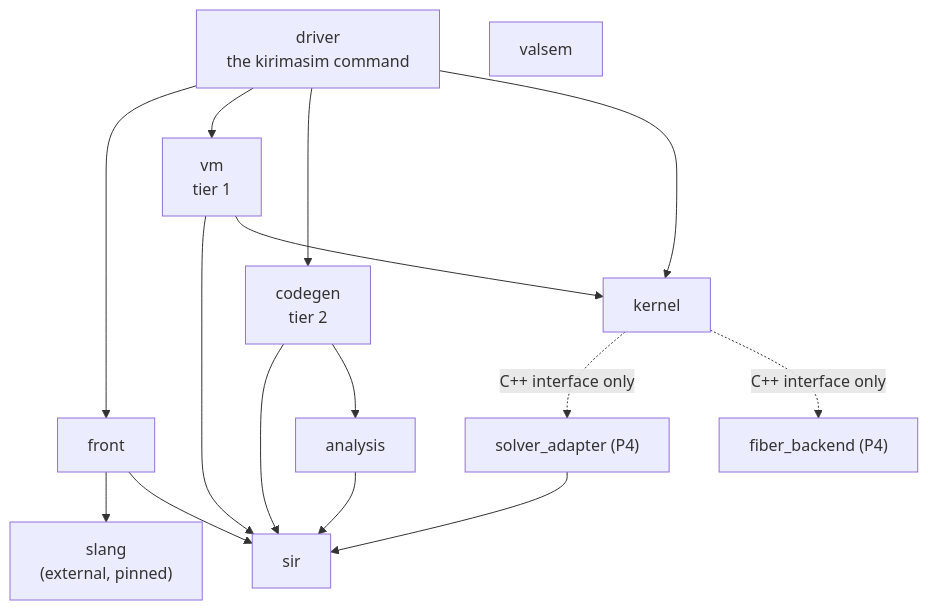
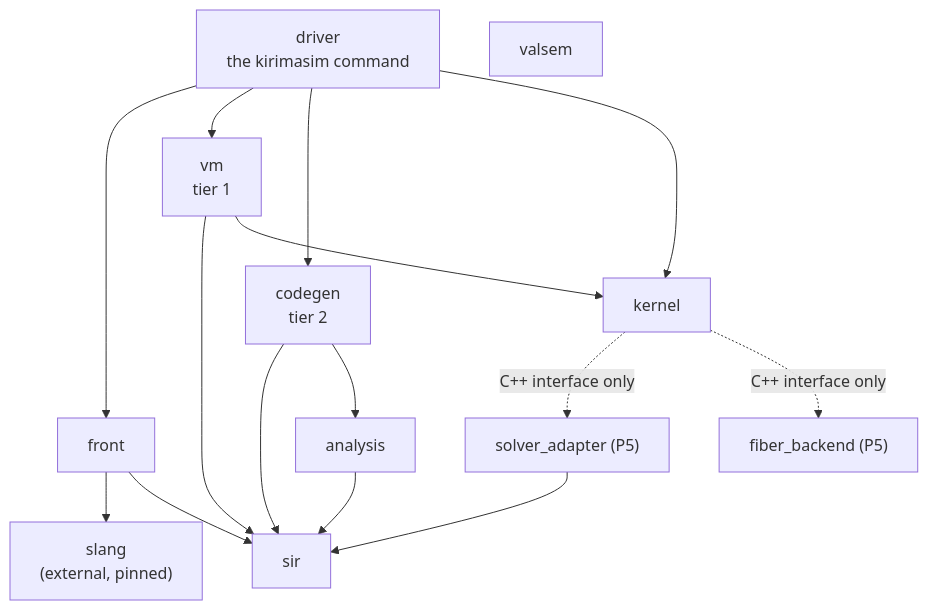
The second of 2 diagrams in docs/ARCHITECTURE.ja.md (kurochan001/kirimasim), drawn with Mermaid before and after one commit. The commit also changed other lines of this file and 43 other files, not shown here.

First line of the commit message:
Align project documentation with the P3 to P7 roadmap

````diff
--- a/docs/ARCHITECTURE.ja.md
+++ b/docs/ARCHITECTURE.ja.md
@@ -243,28 +245,28 @@
 ```mermaid
 flowchart TD
     driver["driver<br/>the kirimasim command"]
     front["front"]
     vm["vm<br/>tier 1"]
     codegen["codegen<br/>tier 2"]
     analysis["analysis"]
     kernel["kernel"]
     valsem["valsem"]
     sir["sir"]
     slang["slang<br/>(external, pinned)"]
-    solver["solver_adapter (P4)"]
-    fiber["fiber_backend (P4)"]
+    solver["solver_adapter (P5)"]
+    fiber["fiber_backend (P5)"]
     driver --> front
     driver --> vm
     driver --> codegen
     driver --> kernel
     front --> slang
     front --> sir
     vm --> sir
     vm --> kernel
     codegen --> sir
     codegen --> analysis
     analysis --> sir
     solver --> sir
     kernel -.->|"C++ interface only"| solver
     kernel -.->|"C++ interface only"| fiber
 ```
````
